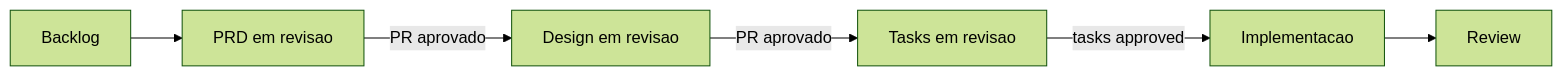
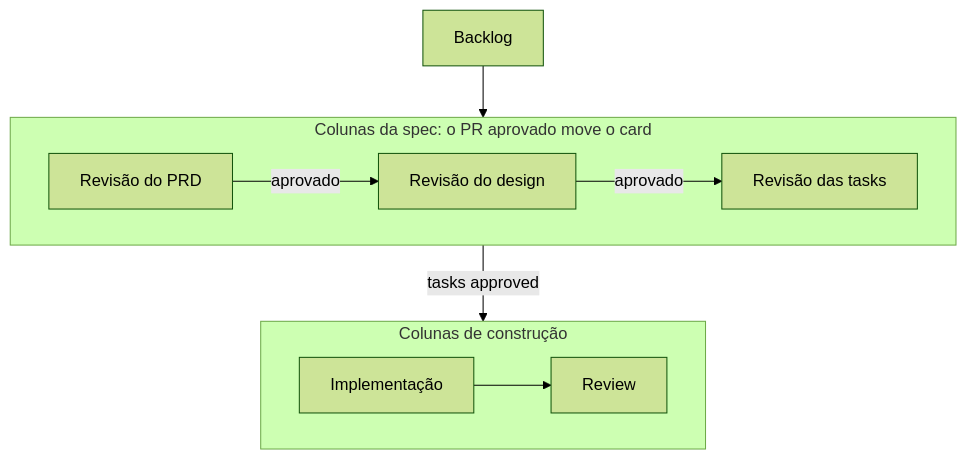
One commit to felipefontoura/spec-driven-development-book changed diagram 15 of 15 in BOOK.pt-BR.md. Above: the diagram before and after it, drawn with Mermaid (forest theme). The commit also changed other lines of this file and 1 other file, not shown here.

````diff
--- a/BOOK.pt-BR.md
+++ b/BOOK.pt-BR.md
@@ -3393,12 +3304,22 @@
 ```mermaid
-flowchart LR
-    B[Backlog] --> P[PRD em revisao]
-    P -->|PR aprovado| D[Design em revisao]
-    D -->|PR aprovado| T[Tasks em revisao]
-    T -->|tasks approved| E[Implementacao]
-    E --> R[Review]
+flowchart TB
+    B[Backlog]
+
+    subgraph SPEC["Colunas da spec: o PR aprovado move o card"]
+        direction LR
+        P[Revisão do PRD] -->|aprovado| D[Revisão do design]
+        D -->|aprovado| T[Revisão das tasks]
+    end
+
+    subgraph BUILD["Colunas de construção"]
+        direction LR
+        E[Implementação] --> R[Review]
+    end
+
+    B --> SPEC
+    SPEC -->|tasks approved| BUILD
 
     class P,D,T accent;
     class B muted;
     class E,R neutral;
 ```
````
